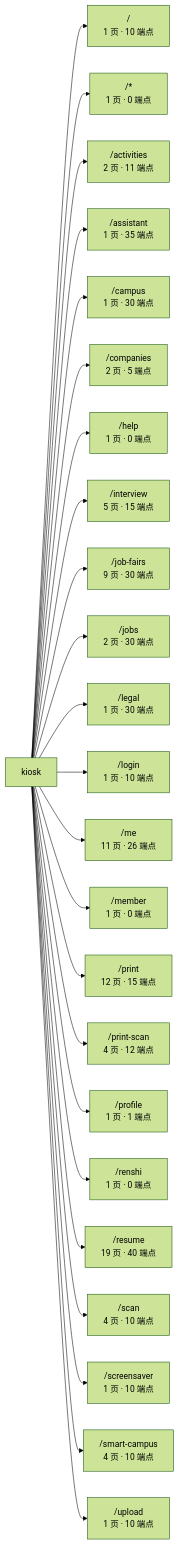
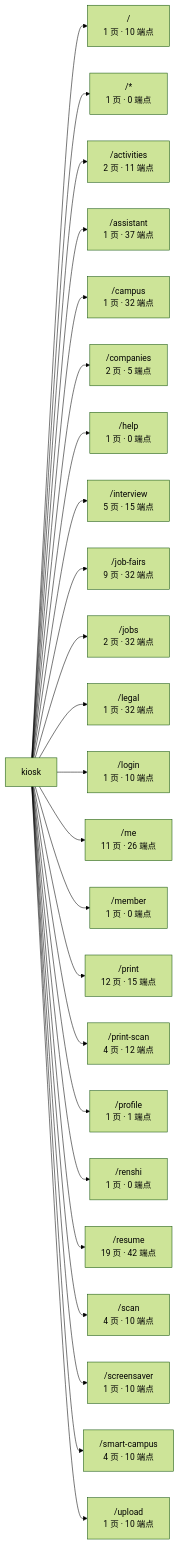
Before and after one commit to wanglei581/YITIJI: the first of 3 diagrams in docs/graph/routes.md, drawn with Mermaid (forest theme). The commit also changed other lines of this file and 8 other files, not shown here.

Commit message:
docs(progress,reviews,graph): 结果层补漏 L 组六包合入记录、逐包标已合入、next-tasks 状态 + 图谱重生成

````diff
--- a/docs/graph/routes.md
+++ b/docs/graph/routes.md
@@ -17,27 +17,27 @@
 ```mermaid
 flowchart LR
   app["kiosk"]
   app --> _root_["/<br/>1 页 · 10 端点"]
   app --> _["/*<br/>1 页 · 0 端点"]
   app --> activities["/activities<br/>2 页 · 11 端点"]
-  app --> assistant["/assistant<br/>1 页 · 35 端点"]
-  app --> campus["/campus<br/>1 页 · 30 端点"]
+  app --> assistant["/assistant<br/>1 页 · 37 端点"]
+  app --> campus["/campus<br/>1 页 · 32 端点"]
   app --> companies["/companies<br/>2 页 · 5 端点"]
   app --> help["/help<br/>1 页 · 0 端点"]
   app --> interview["/interview<br/>5 页 · 15 端点"]
-  app --> job_fairs["/job-fairs<br/>9 页 · 30 端点"]
-  app --> jobs["/jobs<br/>2 页 · 30 端点"]
-  app --> legal["/legal<br/>1 页 · 30 端点"]
+  app --> job_fairs["/job-fairs<br/>9 页 · 32 端点"]
+  app --> jobs["/jobs<br/>2 页 · 32 端点"]
+  app --> legal["/legal<br/>1 页 · 32 端点"]
   app --> login["/login<br/>1 页 · 10 端点"]
   app --> me["/me<br/>11 页 · 26 端点"]
   app --> member["/member<br/>1 页 · 0 端点"]
   app --> print["/print<br/>12 页 · 15 端点"]
   app --> print_scan["/print-scan<br/>4 页 · 12 端点"]
   app --> profile["/profile<br/>1 页 · 1 端点"]
   app --> renshi["/renshi<br/>1 页 · 0 端点"]
-  app --> resume["/resume<br/>19 页 · 40 端点"]
+  app --> resume["/resume<br/>19 页 · 42 端点"]
   app --> scan["/scan<br/>4 页 · 10 端点"]
   app --> screensaver["/screensaver<br/>1 页 · 10 端点"]
   app --> smart_campus["/smart-campus<br/>4 页 · 10 端点"]
   app --> upload["/upload<br/>1 页 · 10 端点"]
 ```
````
